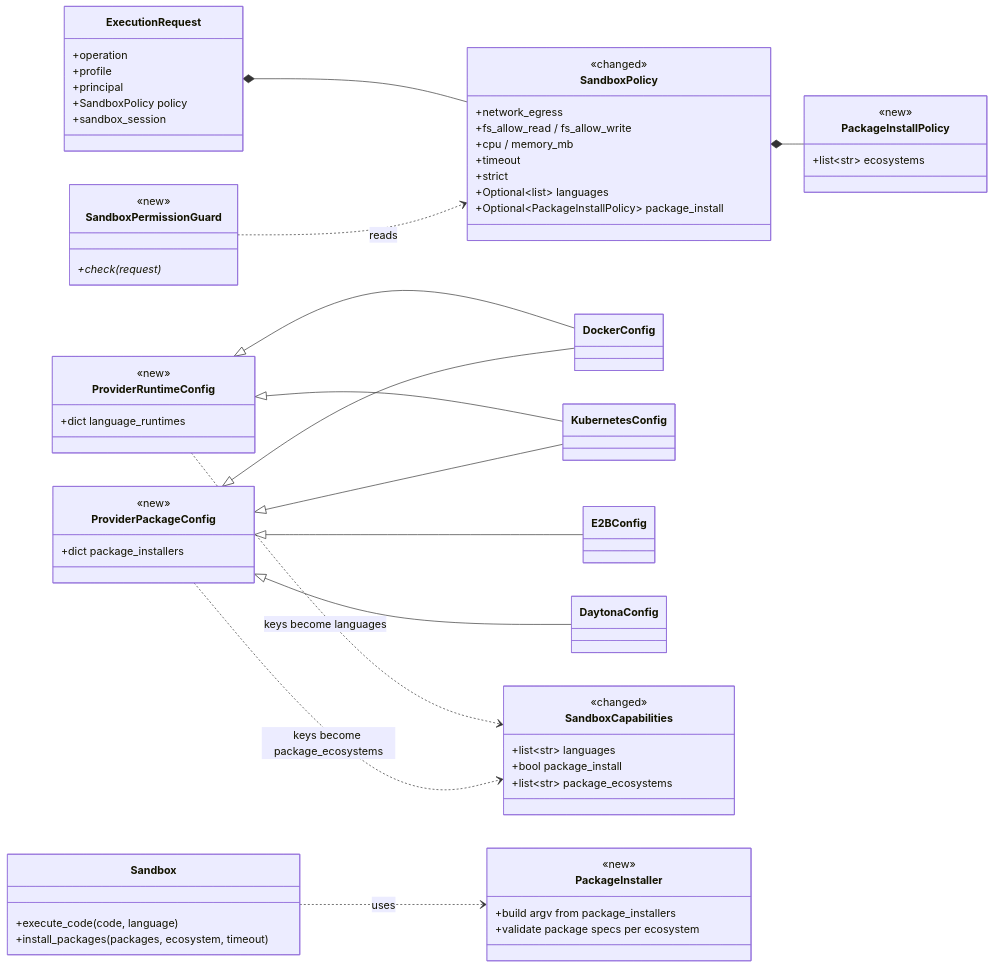
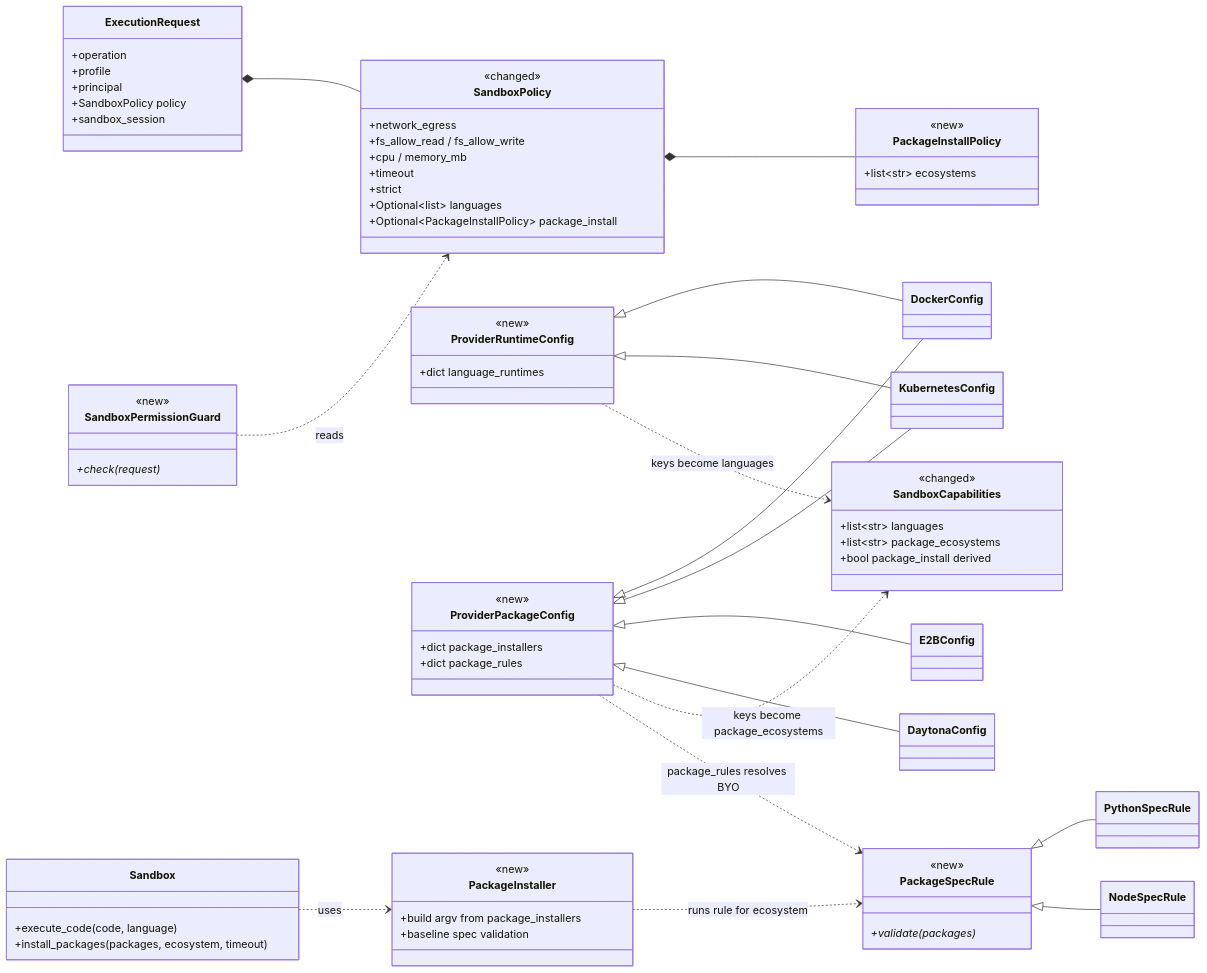
One commit to yaalalabs/agent-kernel changed the fourth of 7 diagrams in docs/specs/692-sandbox-extended-permissions/research/diagrams.md. Above: the diagram before and after it, drawn with Mermaid. The commit also changed other lines of this file and 2 other files, not shown here.

First line of the commit message:
docs: refine and expand design for sandbox package installation (#692)

````diff
--- a/docs/specs/692-sandbox-extended-permissions/research/diagrams.md
+++ b/docs/specs/692-sandbox-extended-permissions/research/diagrams.md
@@ -105,68 +105,79 @@
 ```mermaid
 classDiagram
   direction LR
   class ExecutionRequest {
     +operation
     +profile
     +principal
     +SandboxPolicy policy
     +sandbox_session
   }
   class SandboxPolicy {
     <<changed>>
     +network_egress
     +fs_allow_read / fs_allow_write
     +cpu / memory_mb
     +timeout
     +strict
     +Optional~list~ languages
     +Optional~PackageInstallPolicy~ package_install
   }
   class PackageInstallPolicy {
     <<new>>
     +list~str~ ecosystems
   }
   class ProviderRuntimeConfig {
     <<new>>
     +dict language_runtimes
   }
   class ProviderPackageConfig {
     <<new>>
     +dict package_installers
+    +dict package_rules
   }
   class DockerConfig
   class KubernetesConfig
   class E2BConfig
   class DaytonaConfig
   class SandboxCapabilities {
     <<changed>>
     +list~str~ languages
-    +bool package_install
     +list~str~ package_ecosystems
+    +bool package_install derived
   }
   class SandboxPermissionGuard {
     <<new>>
     +check(request)*
   }
   class Sandbox {
     +execute_code(code, language)
     +install_packages(packages, ecosystem, timeout)
   }
   class PackageInstaller {
     <<new>>
     +build argv from package_installers
-    +validate package specs per ecosystem
+    +baseline spec validation
   }
+  class PackageSpecRule {
+    <<new>>
+    +validate(packages)*
+  }
+  class PythonSpecRule
+  class NodeSpecRule
   ExecutionRequest *-- SandboxPolicy
   SandboxPolicy *-- PackageInstallPolicy
   ProviderRuntimeConfig <|-- DockerConfig
   ProviderRuntimeConfig <|-- KubernetesConfig
   ProviderPackageConfig <|-- DockerConfig
   ProviderPackageConfig <|-- KubernetesConfig
   ProviderPackageConfig <|-- E2BConfig
   ProviderPackageConfig <|-- DaytonaConfig
   ProviderRuntimeConfig ..> SandboxCapabilities : keys become languages
   ProviderPackageConfig ..> SandboxCapabilities : keys become package_ecosystems
   SandboxPermissionGuard ..> SandboxPolicy : reads
   Sandbox ..> PackageInstaller : uses
+  PackageSpecRule <|-- PythonSpecRule
+  PackageSpecRule <|-- NodeSpecRule
+  PackageInstaller ..> PackageSpecRule : runs rule for ecosystem
+  ProviderPackageConfig ..> PackageSpecRule : package_rules resolves BYO
 ```
````
